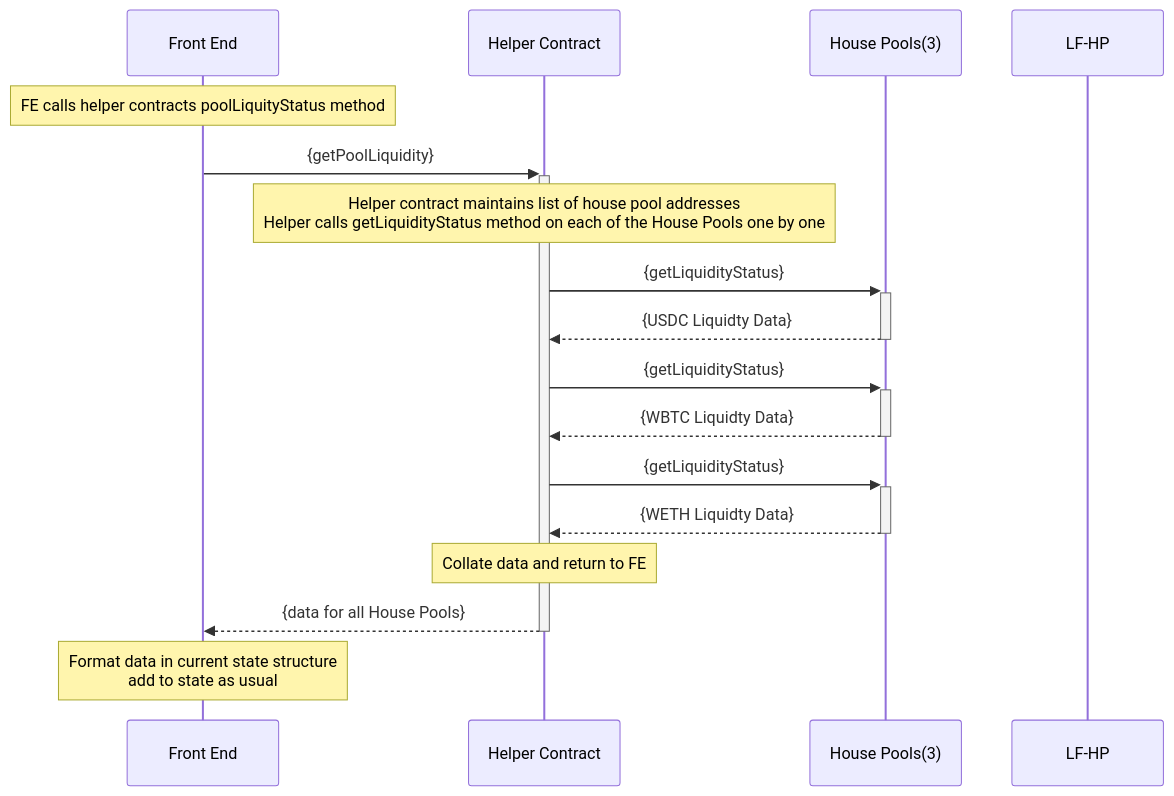
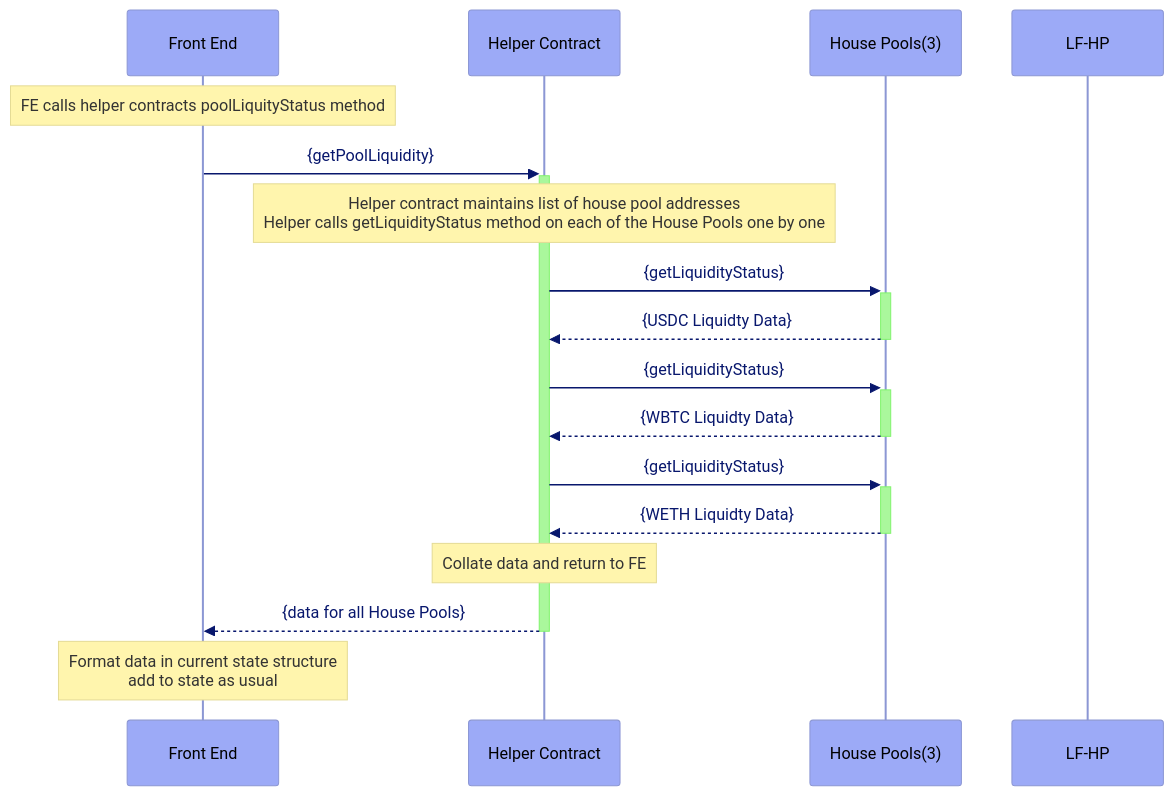
One commit to Luna-Fi/lunafi-smart-contracts changed the diagram in docs/Front_End_Helper.md. Above: the diagram before and after it, drawn with Mermaid. The commit also changed other lines of this file and 1 other file, not shown here.

````diff
--- a/docs/Front_End_Helper.md
+++ b/docs/Front_End_Helper.md
@@ -12,19 +28,25 @@
 ```mermaid
 sequenceDiagram
+    %%{init:{'theme': 'base', "themeVariables": {
+        'primaryColor': '#9caaf7',
+        'primaryTextColor': '#08176d',
+        'actorTextColor':'#000000'
+    }
+    }}%%
     participant A as Front End
     participant B as Helper Contract
     participant C as House Pools(3)
     participant D as LF-HP
     Note over A: FE calls helper contracts poolLiquityStatus method
     A->>+B: {getPoolLiquidity}
     Note over B: Helper contract maintains list of house pool addresses<br />Helper calls getLiquidityStatus method on each of the House Pools one by one
     B->>+C: {getLiquidityStatus}
     C-->>-B: {USDC Liquidty Data}
     B->>+C: {getLiquidityStatus}
     C-->>-B: {WBTC Liquidty Data}
     B->>+C: {getLiquidityStatus}
     C-->>-B: {WETH Liquidty Data}
     Note over B: Collate data and return to FE
     B-->>-A: {data for all House Pools}
     Note over A: Format data in current state structure<br />add to state as usual
 ```
````
